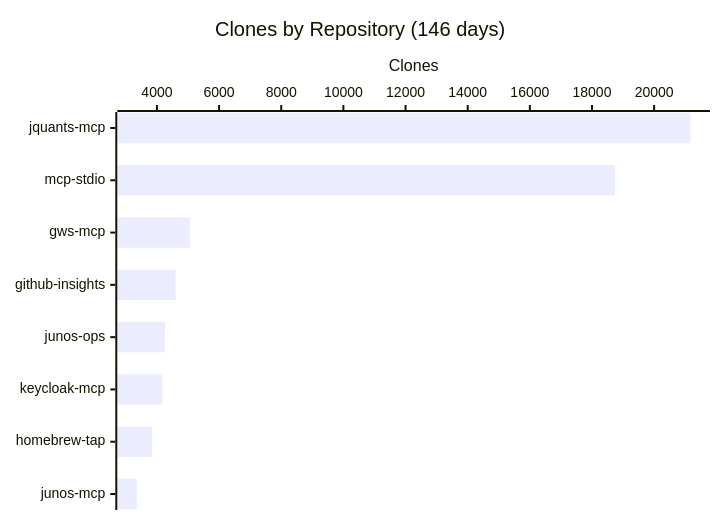
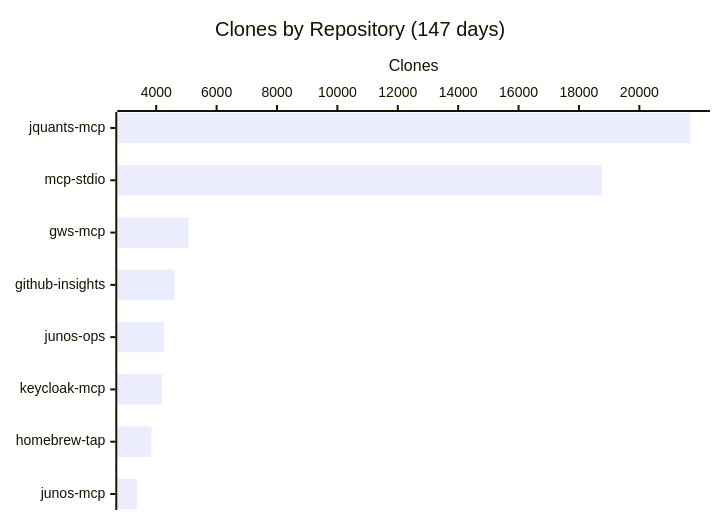
The fourth of 4 diagrams in README.md (shigechika/github-insights), drawn with Mermaid before and after one commit. The commit also changed other lines of this file and 2 other files, not shown here.

````diff
--- a/README.md
+++ b/README.md
@@ -58,7 +58,7 @@
 ```mermaid
 xychart-beta horizontal
-    title "Clones by Repository (146 days)"
+    title "Clones by Repository (147 days)"
     x-axis ["jquants-mcp", "mcp-stdio", "gws-mcp", "github-insights", "junos-ops", "keycloak-mcp", "homebrew-tap", "junos-mcp"]
     y-axis "Clones"
-    bar [21168, 18743, 5058, 4602, 4259, 4178, 3842, 3354]
+    bar [21692, 18749, 5067, 4613, 4260, 4188, 3844, 3359]
 ```
````
